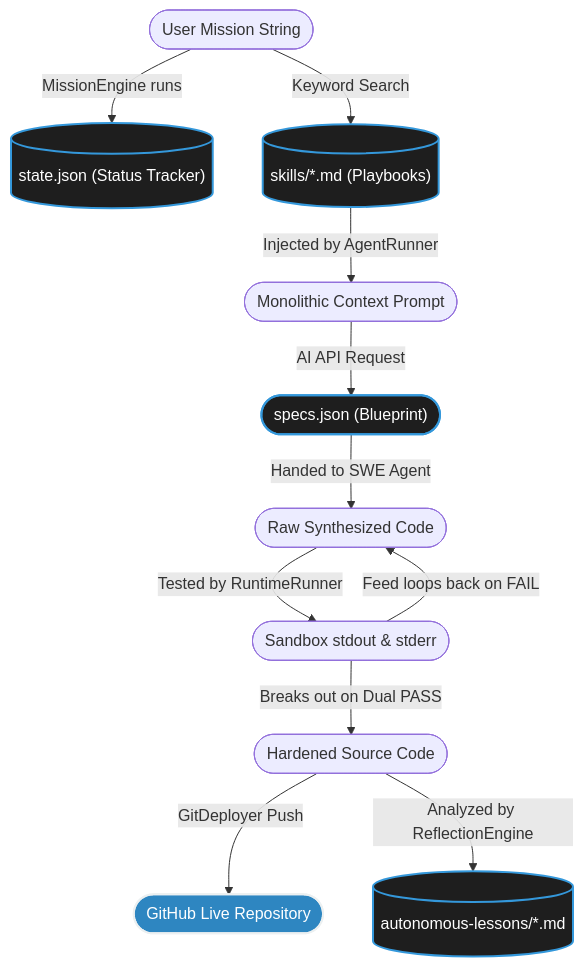
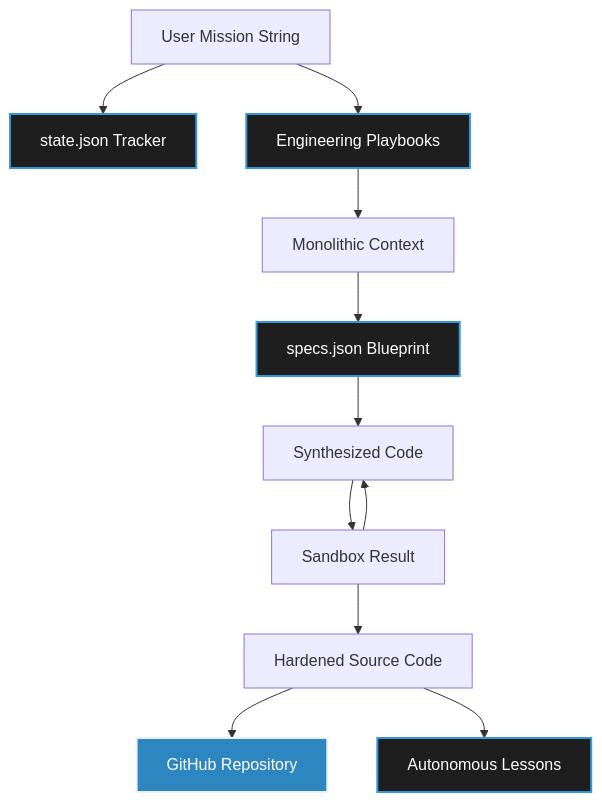
One commit to shalin-rahman/Synapticity changed the second of 3 diagrams in technical_documents/architecture_map.md. Above: the diagram before and after it, drawn with Mermaid. The commit also changed other lines of this file and 8 other files, not shown here.

````diff
--- a/technical_documents/architecture_map.md
+++ b/technical_documents/architecture_map.md
@@ -116,36 +113,33 @@
 ```mermaid
 flowchart TD
-    %% Define Data Nodes
-    Input([User Mission String])
-    StateNode[("state.json (Status Tracker)")]
-    PlaybookNode[("skills/*.md (Playbooks)")]
-    PromptNode(["Monolithic Context Prompt"])
-    SpecsNode(["specs.json (Blueprint)"])
-    CodeNode(["Raw Synthesized Code"])
-    ResultNode(["Sandbox stdout & stderr"])
-    VerifiedNode(["Hardened Source Code"])
-    DeployNode([GitHub Live Repository])
-    ReflectionNode[("autonomous-lessons/*.md")]
+    Input["User Mission String"]
+    StateNode["state.json Tracker"]
+    PlaybookNode["Engineering Playbooks"]
+    PromptNode["Monolithic Context"]
+    SpecsNode["specs.json Blueprint"]
+    CodeNode["Synthesized Code"]
+    ResultNode["Sandbox Result"]
+    VerifiedNode["Hardened Source Code"]
+    DeployNode["GitHub Repository"]
+    ReflectionNode["Autonomous Lessons"]
 
-    %% Operations
-    Input -->|MissionEngine runs| StateNode
-    Input -->|Keyword Search| PlaybookNode
-    PlaybookNode -->|Injected by AgentRunner| PromptNode
-    
-    PromptNode -->|AI API Request| SpecsNode
-    SpecsNode -->|Handed to SWE Agent| CodeNode
-    
-    CodeNode -->|Tested by RuntimeRunner| ResultNode
-    ResultNode -->|Feed loops back on FAIL| CodeNode
-    
-    ResultNode -->|Breaks out on Dual PASS| VerifiedNode
-    VerifiedNode -->|GitDeployer Push| DeployNode
-    VerifiedNode -->|Analyzed by ReflectionEngine| ReflectionNode
+    Input --> StateNode
+    Input --> PlaybookNode
+    PlaybookNode --> PromptNode
 
-    %% Styling
+    PromptNode --> SpecsNode
+    SpecsNode --> CodeNode
+
+    CodeNode --> ResultNode
+    ResultNode --> CodeNode
+
+    ResultNode --> VerifiedNode
+    VerifiedNode --> DeployNode
+    VerifiedNode --> ReflectionNode
+
     style StateNode fill:#1E1E1E,stroke:#3498db,stroke-width:2px,color:#fff
     style PlaybookNode fill:#1E1E1E,stroke:#3498db,stroke-width:2px,color:#fff
     style SpecsNode fill:#1E1E1E,stroke:#3498db,stroke-width:2px,color:#fff
     style ReflectionNode fill:#1E1E1E,stroke:#3498db,stroke-width:2px,color:#fff
     style DeployNode fill:#2E86C1,stroke:#ECF0F1,stroke-width:2px,color:#fff
 ```
````
